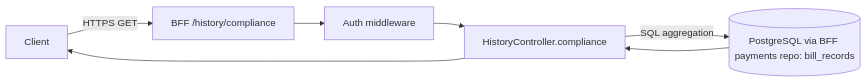
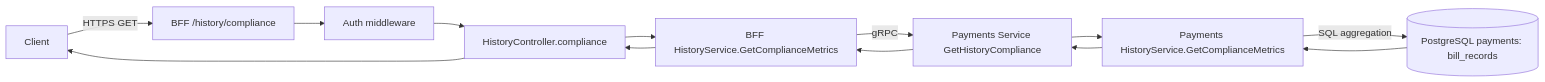
Before and after one commit to ralvescosta/costa-financial-assistant: diagram 23 of 23 in .specify/memory/bff-flows.md, drawn with Mermaid. The commit also changed other lines of this file and 118 other files, not shown here.

````diff
--- a/.specify/memory/bff-flows.md
+++ b/.specify/memory/bff-flows.md
@@ -450,9 +475,11 @@
 ```mermaid
 flowchart LR
     C[Client] -->|HTTPS GET| BFF[BFF /history/compliance]
     BFF --> AUTH[Auth middleware]
     AUTH --> HC[HistoryController.compliance]
-    HC -->|SQL aggregation| HDB[(PostgreSQL via BFF payments repo: bill_records)]
-    HDB --> HC
-    HC --> C
+    HC --> SVC[BFF HistoryService.GetComplianceMetrics]
+    SVC -->|gRPC| PAY[Payments Service GetHistoryCompliance]
+    PAY --> HSVC[Payments HistoryService.GetComplianceMetrics]
+    HSVC -->|SQL aggregation| HDB[(PostgreSQL payments: bill_records)]
+    HDB --> HSVC --> PAY --> SVC --> HC --> C
 ```
````
